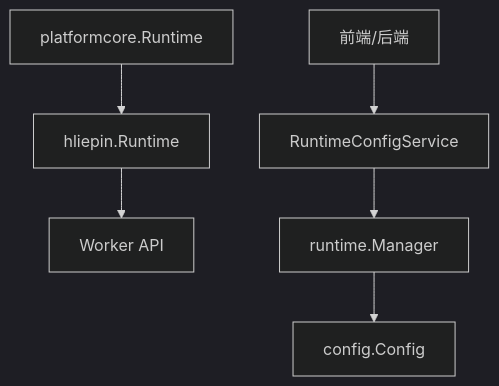
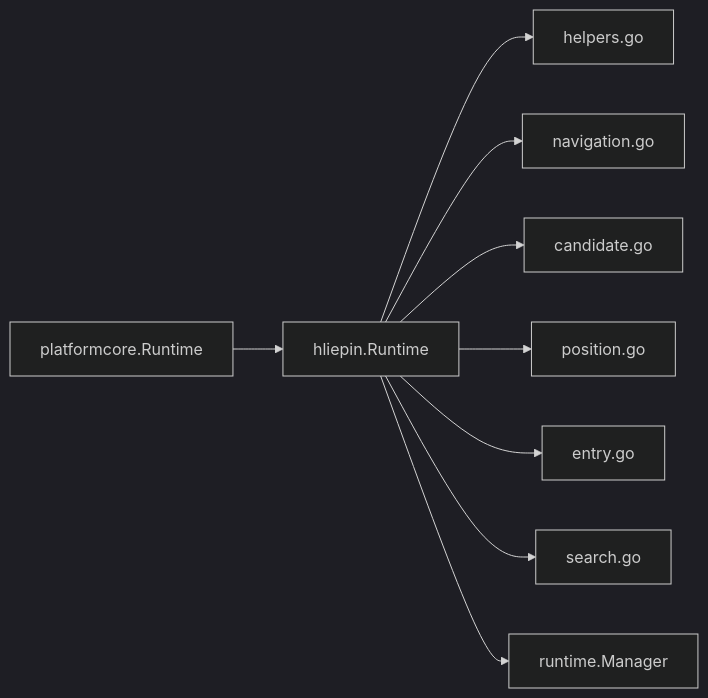
One commit to alvinwangzi/goodhr changed the seventh of 7 diagrams in .qoder/repowiki/zh/content/本地执行器/平台适配器/猎聘适配器/运行时管理.md. Above: the diagram before and after it, drawn with Mermaid (dark theme). The commit also changed other lines of this file and 149 other files, not shown here.

````diff
--- a/.qoder/repowiki/zh/content/本地执行器/平台适配器/猎聘适配器/运行时管理.md
+++ b/.qoder/repowiki/zh/content/本地执行器/平台适配器/猎聘适配器/运行时管理.md
@@ -408,8 +321,11 @@
 ```mermaid
-graph TB
-Core["platformcore.Runtime"] --> Impl["hliepin.Runtime"]
-Impl --> Worker["Worker API"]
-Manager["runtime.Manager"] --> Config["config.Config"]
-Admin["前端/后端"] --> RC["RuntimeConfigService"]
-RC --> Manager
+graph LR
+PC["platformcore.Runtime"] --> HRT["hliepin.Runtime"]
+HRT --> HHLP["helpers.go"]
+HRT --> HNAV["navigation.go"]
+HRT --> HCAND["candidate.go"]
+HRT --> HPOS["position.go"]
+HRT --> HENT["entry.go"]
+HRT --> HSEARCH["search.go"]
+HRT --> RMGR["runtime.Manager"]
 ```
````
